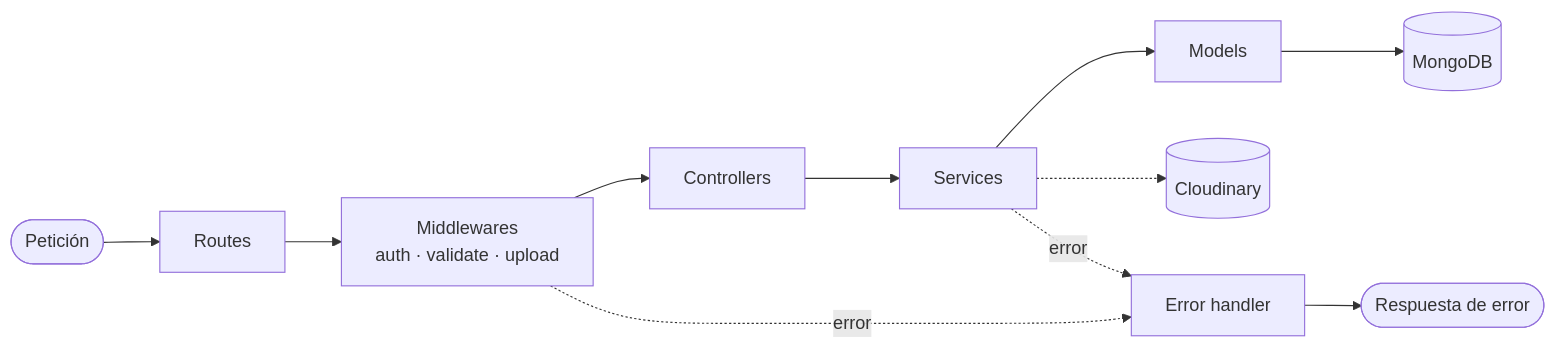
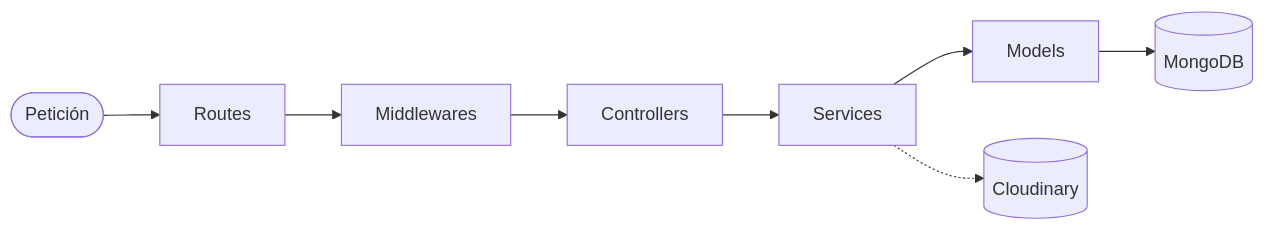
The diagram in backend/README.md (marielvcmr/recipes_app), drawn with Mermaid before and after one commit. The commit also changed other lines of this file and 6 other files, not shown here.

````diff
--- a/backend/README.md
+++ b/backend/README.md
@@ -85,8 +23,5 @@
 ```mermaid
 flowchart LR
-    REQ(["Petición"]) --> R["Routes"] --> MW["Middlewares<br/>auth · validate · upload"] --> C["Controllers"] --> S["Services"] --> M["Models"] --> DB[("MongoDB")]
+    REQ(["Petición"]) --> R["Routes"] --> MW["Middlewares"] --> C["Controllers"] --> S["Services"] --> M["Models"] --> DB[("MongoDB")]
     S -.-> IMG[("Cloudinary")]
-    MW -. error .-> ERR["Error handler"]
-    S -. error .-> ERR
-    ERR --> RES(["Respuesta de error"])
 ```
````
